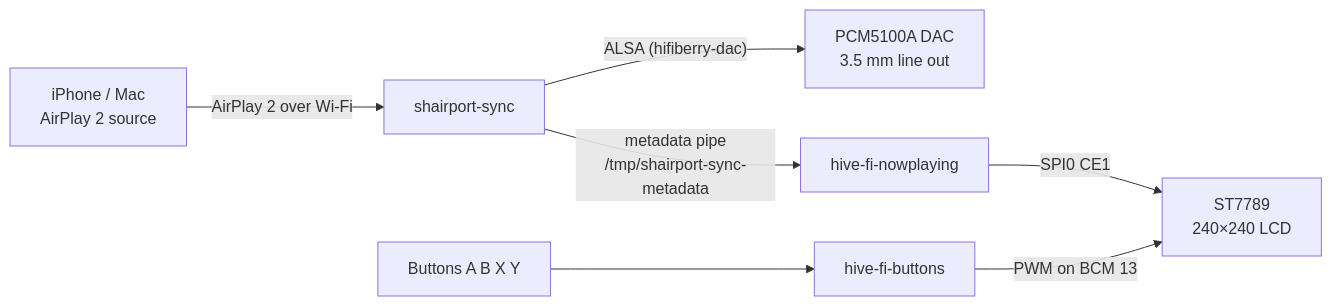
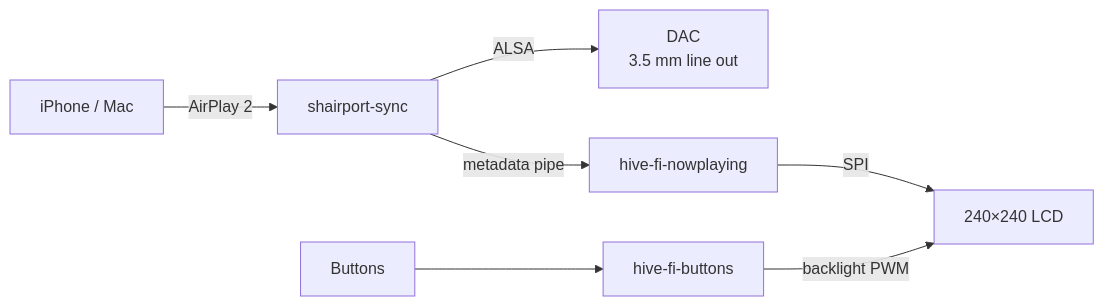
One commit to CameronWragg/hive-fi changed the diagram in README.md. Above: the diagram before and after it, drawn with Mermaid. The commit also changed other lines of this file and 4 other files, not shown here.

````diff
--- a/README.md
+++ b/README.md
@@ -11,9 +10,9 @@
 ```mermaid
 flowchart LR
-    SRC["iPhone / Mac<br/>AirPlay 2 source"] -->|"AirPlay 2 over Wi-Fi"| SPS["shairport-sync"]
-    SPS -->|"ALSA (hifiberry-dac)"| DAC["PCM5100A DAC<br/>3.5&nbsp;mm line out"]
-    SPS -->|"metadata pipe<br/>/tmp/shairport-sync-metadata"| NP["hive-fi-nowplaying"]
-    NP -->|"SPI0 CE1"| LCD["ST7789<br/>240×240 LCD"]
-    BTN["hive-fi-buttons"] -->|"PWM on BCM 13"| LCD
-    KEYS["Buttons A B X Y"] --> BTN
+    SRC["iPhone / Mac"] -->|"AirPlay 2"| SPS["shairport-sync"]
+    SPS -->|"ALSA"| DAC["DAC<br/>3.5&nbsp;mm line out"]
+    SPS -->|"metadata pipe"| NP["hive-fi-nowplaying"]
+    NP -->|"SPI"| LCD["240×240 LCD"]
+    KEYS["Buttons"] --> BTN["hive-fi-buttons"]
+    BTN -->|"backlight PWM"| LCD
 ```
````
